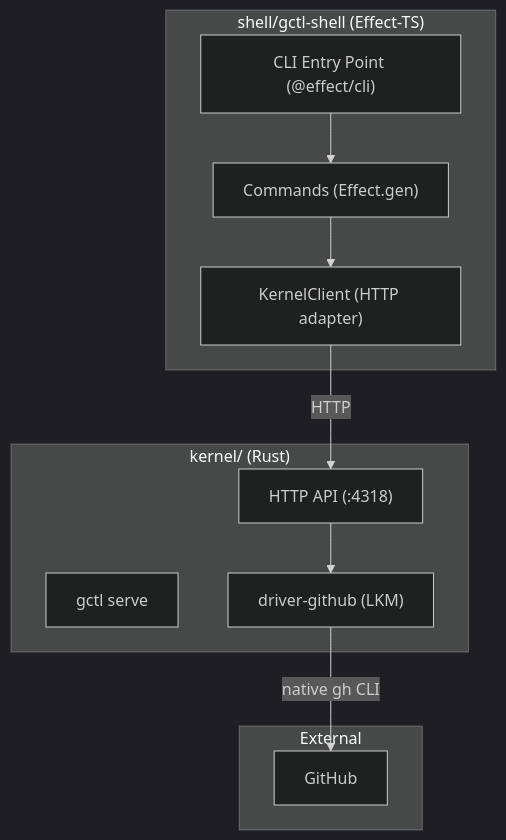
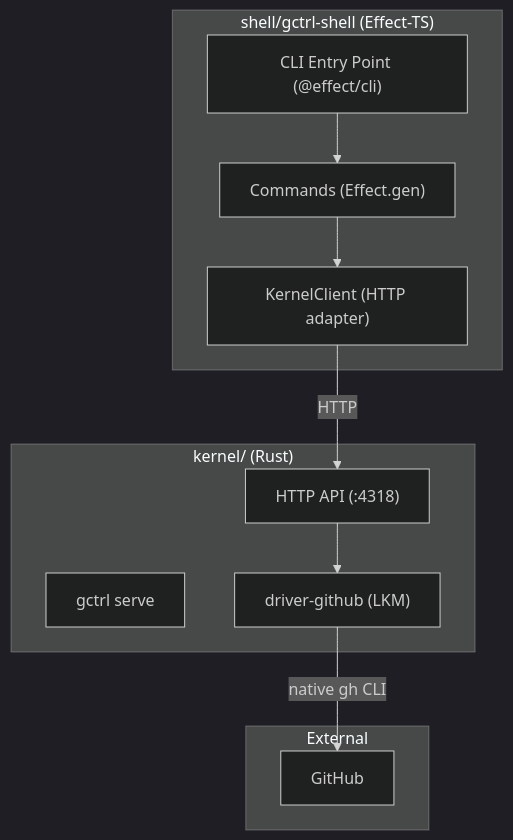
One commit to OpenHackersClub/gctrl changed the first of 2 diagrams in specs/implementation/shell/components.md. Above: the diagram before and after it, drawn with Mermaid (dark theme). The commit also changed other lines of this file and 360 other files, not shown here.

First line of the commit message:
refactor: rename brand gctl → gctrl across repo

````diff
--- a/specs/implementation/shell/components.md
+++ b/specs/implementation/shell/components.md
@@ -15,24 +15,24 @@
 ```mermaid
 graph TD
-    subgraph Shell["shell/gctl-shell (Effect-TS)"]
+    subgraph Shell["shell/gctrl-shell (Effect-TS)"]
         CLI["CLI Entry Point (@effect/cli)"]
         Commands["Commands (Effect.gen)"]
         KClient["KernelClient (HTTP adapter)"]
     end
 
     subgraph Kernel["kernel/ (Rust)"]
         API["HTTP API (:4318)"]
-        Daemon["gctl serve"]
+        Daemon["gctrl serve"]
         DrvGH["driver-github (LKM)"]
     end
 
     subgraph External["External"]
         GitHub["GitHub"]
     end
 
     CLI --> Commands
     Commands --> KClient
     KClient -->|"HTTP"| API
     DrvGH -->|"native gh CLI"| GitHub
     API --> DrvGH
 ```
````
